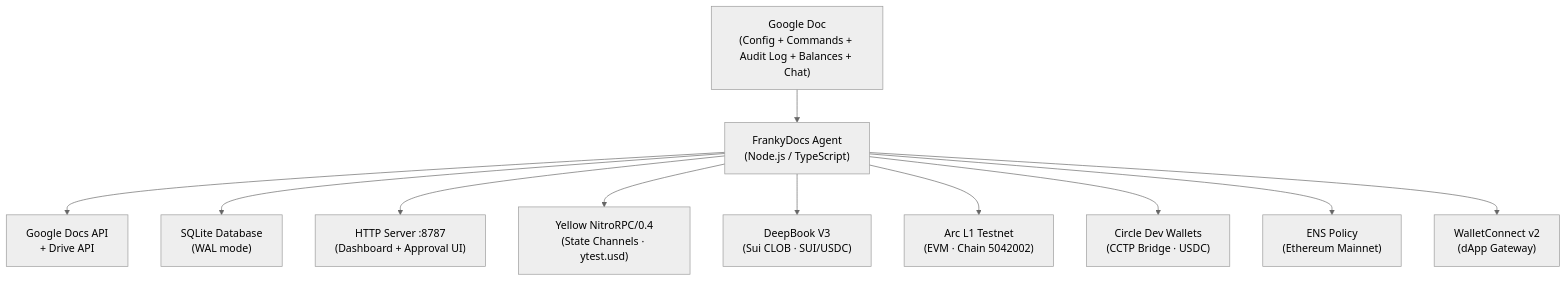
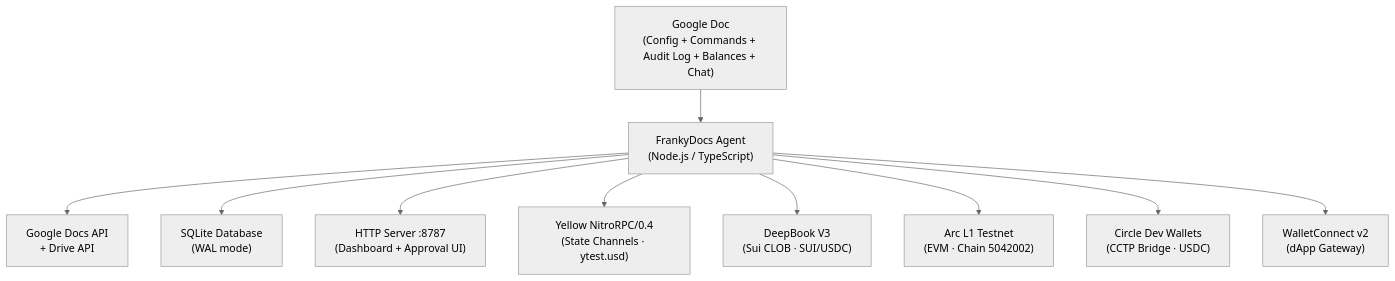
Before and after one commit to Naveen-807/Franky-Docs: the diagram in README.md, drawn with Mermaid (neutral theme). The commit also changed other lines of this file and 20 other files, not shown here.

````diff
--- a/README.md
+++ b/README.md
@@ -81,13 +72,12 @@
 ```mermaid
 flowchart TB
   Doc["Google Doc<br/>(Config + Commands + Audit Log + Balances + Chat)"] --> Agent["FrankyDocs Agent<br/>(Node.js / TypeScript)"]
   Agent --> DocsAPI["Google Docs API<br/>+ Drive API"]
   Agent --> DB["SQLite Database<br/>(WAL mode)"]
   Agent --> Server["HTTP Server :8787<br/>(Dashboard + Approval UI)"]
   Agent --> Yellow["Yellow NitroRPC/0.4<br/>(State Channels · ytest.usd)"]
   Agent --> DeepBook["DeepBook V3<br/>(Sui CLOB · SUI/USDC)"]
   Agent --> Arc["Arc L1 Testnet<br/>(EVM · Chain 5042002)"]
   Agent --> Circle["Circle Dev Wallets<br/>(CCTP Bridge · USDC)"]
-  Agent --> ENS["ENS Policy<br/>(Ethereum Mainnet)"]
   Agent --> WC["WalletConnect v2<br/>(dApp Gateway)"]
 ```
````
